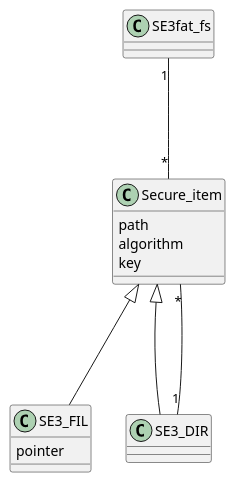
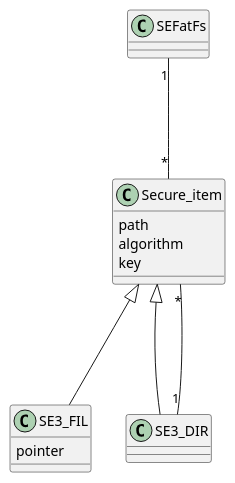
The second of 3 diagrams in RequirementsDocument.md (SEcube-Project/SEcube-SDK), drawn with PlantUML before and after one commit. The commit also changed other lines of this file, not shown here.

````diff
--- a/RequirementsDocument.md
+++ b/RequirementsDocument.md
@@ -125,26 +125,26 @@
 ```plantuml
-class SE3fat_fs{
+class SEFatFs{
 
 }
 
 class Secure_item{
 	path
 	algorithm
 	key
 }
 
 class SE3_FIL {
 	pointer
 }
 
 class SE3_DIR {
 
 }
 
 
-SE3fat_fs "1"---"*" Secure_item
+SEFatFs "1"---"*" Secure_item
 SE3_DIR "1"---"*" Secure_item
 Secure_item <|---  SE3_FIL
 Secure_item <|---  SE3_DIR
 
 ```
````
